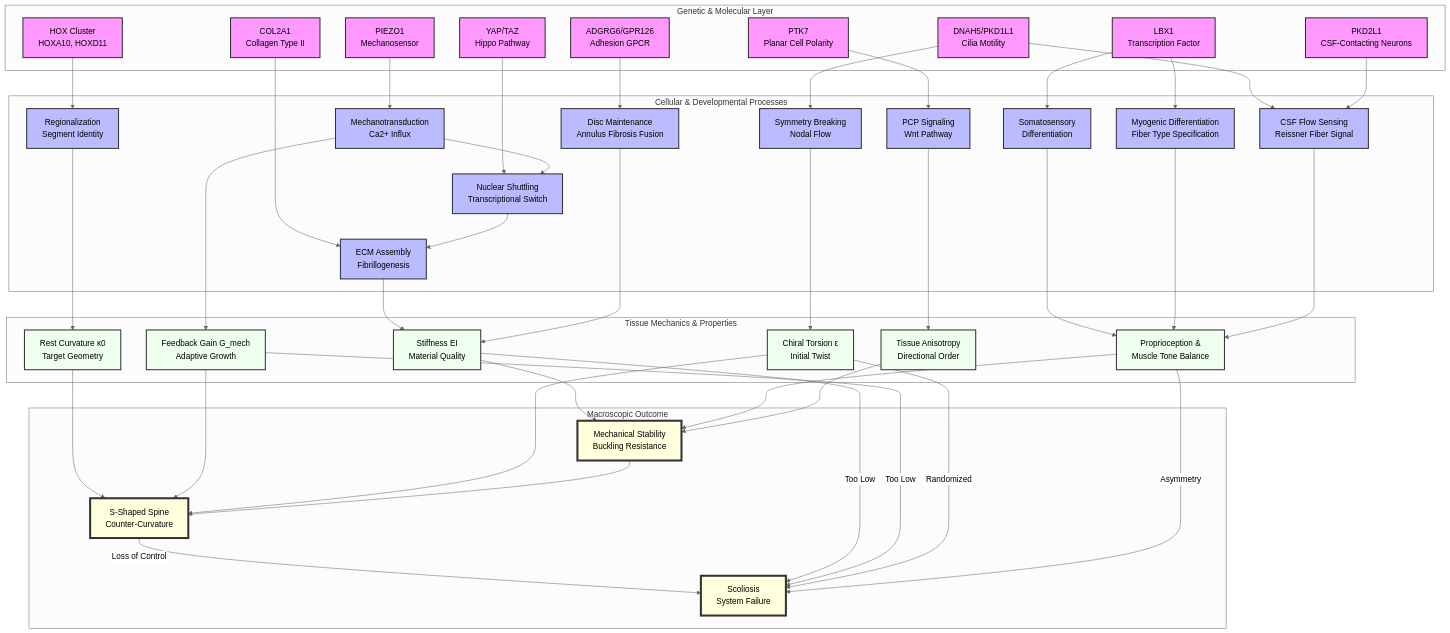
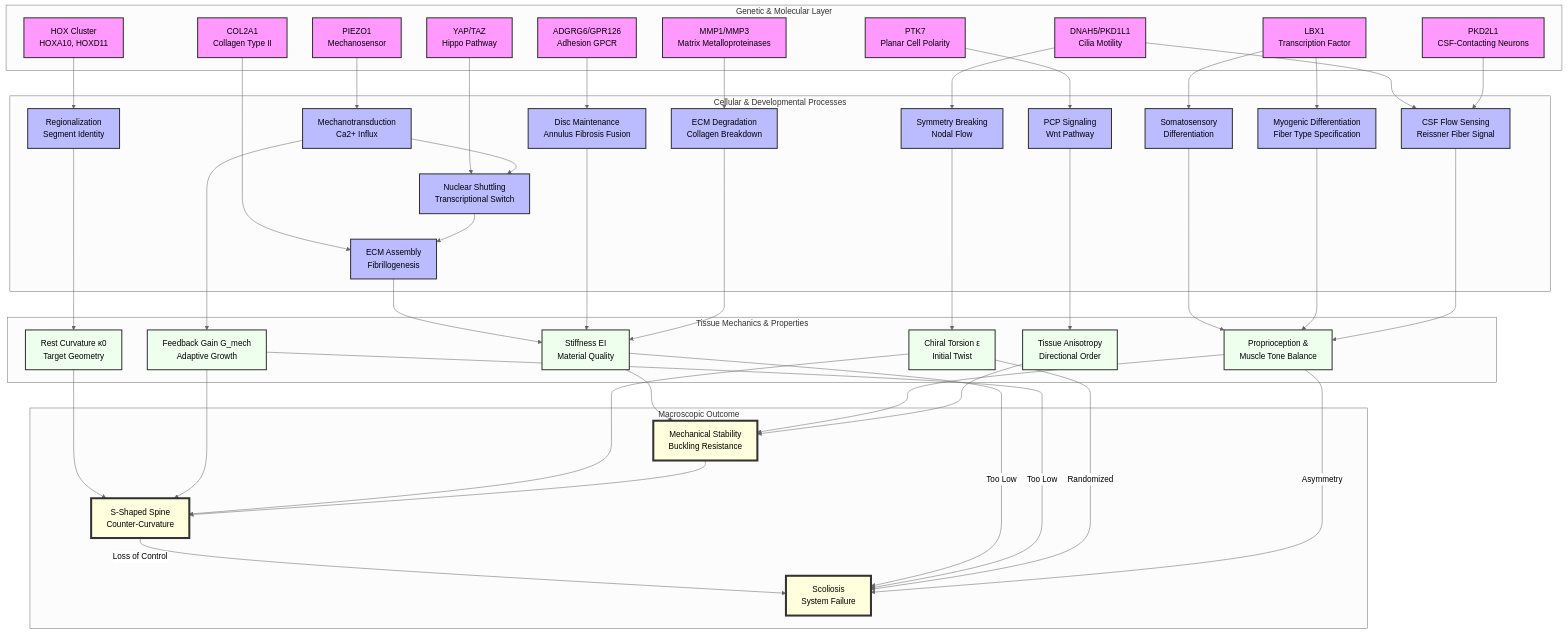
Before and after one commit to sayuj1989-ops/life: the diagram in docs/figures/scoliosis_mechanism_map.mmd, drawn with Mermaid (neutral theme). The commit also changed 1 other file, not shown here.

Commit message:
weekly-map: add MMP1/3 degradation pathway
Added the Degradation Pathway (MMP1/MMP3) to the scoliosis mechanism map.
This pathway describes how microgravity-induced upregulation of MMPs leads to ECM degradation and reduced stiffness in the intervertebral disc.
Updated `docs/figures/scoliosis_mechanism_map.mmd` and `docs/scoliosis_mechanism_map.md`.

```diff
--- a/docs/figures/scoliosis_mechanism_map.mmd
+++ b/docs/figures/scoliosis_mechanism_map.mmd
@@ -1,102 +1,108 @@
 graph TD
     %% Subgraphs for Organization
     subgraph Genetics [Genetic & Molecular Layer]
         HOX[HOX Cluster<br/>HOXA10, HOXD11]
         COL[COL2A1<br/>Collagen Type II]
         PIEZO[PIEZO1<br/>Mechanosensor]
         CILIA[DNAH5/PKD1L1<br/>Cilia Motility]
         LBX1[LBX1<br/>Transcription Factor]
         ADGRG6[ADGRG6/GPR126<br/>Adhesion GPCR]
         PTK7[PTK7<br/>Planar Cell Polarity]
         YAP[YAP/TAZ<br/>Hippo Pathway]
         PKD2L1[PKD2L1<br/>CSF-Contacting Neurons]
+        MMP[MMP1/MMP3<br/>Matrix Metalloproteinases]
     end
 
     subgraph Processes [Cellular & Developmental Processes]
         Region[Regionalization<br/>Segment Identity]
         ECM_Assembly[ECM Assembly<br/>Fibrillogenesis]
         Nucl_Shuttle[Nuclear Shuttling<br/>Transcriptional Switch]
         Mech_Trans[Mechanotransduction<br/>Ca2+ Influx]
         Sym_Break[Symmetry Breaking<br/>Nodal Flow]
         CSF_Sensing[CSF Flow Sensing<br/>Reissner Fiber Signal]
         Neur_Diff[Somatosensory<br/>Differentiation]
         Muscle_Diff[Myogenic Differentiation<br/>Fiber Type Specification]
         Disc_Maint[Disc Maintenance<br/>Annulus Fibrosis Fusion]
         PCP_Sig[PCP Signaling<br/>Wnt Pathway]
+        Degradation[ECM Degradation<br/>Collagen Breakdown]
     end
 
     subgraph Tissue [Tissue Mechanics & Properties]
         Rest_Kappa[Rest Curvature κ0<br/>Target Geometry]
         Stiffness[Stiffness EI<br/>Material Quality]
         Gain[Feedback Gain G_mech<br/>Adaptive Growth]
         Torsion[Chiral Torsion ε<br/>Initial Twist]
         Muscle_Tone[Proprioception &<br/>Muscle Tone Balance]
         Anisotropy[Tissue Anisotropy<br/>Directional Order]
     end
 
     subgraph Outcome [Macroscopic Outcome]
         S_Curve[S-Shaped Spine<br/>Counter-Curvature]
         Stability[Mechanical Stability<br/>Buckling Resistance]
         Scoliosis[Scoliosis<br/>System Failure]
     end
 
     %% Connections
     HOX --> Region
     Region --> Rest_Kappa
     Rest_Kappa --> S_Curve
 
     COL --> ECM_Assembly
     ECM_Assembly --> Stiffness
     Stiffness --> Stability
 
     PIEZO --> Mech_Trans
     Mech_Trans --> Gain
     Gain --> S_Curve
 
     CILIA --> Sym_Break
     Sym_Break --> Torsion
     Torsion --> S_Curve
 
     LBX1 --> Neur_Diff
     LBX1 --> Muscle_Diff
     Neur_Diff --> Muscle_Tone
     Muscle_Diff --> Muscle_Tone
     Muscle_Tone --> Stability
 
     %% NEW ARC: ADGRG6
     ADGRG6 --> Disc_Maint
     Disc_Maint --> Stiffness
 
     %% NEW ARC: PTK7
     PTK7 --> PCP_Sig
     PCP_Sig --> Anisotropy
     Anisotropy --> Stability
 
     %% NEW ARC: YAP/TAZ
     YAP --> Nucl_Shuttle
     Nucl_Shuttle --> ECM_Assembly
     Mech_Trans --> Nucl_Shuttle
 
     %% NEW ARC: CSF/Reissner Fiber
     CILIA --> CSF_Sensing
     PKD2L1 --> CSF_Sensing
     CSF_Sensing --> Muscle_Tone
 
+    %% NEW ARC: MMP Degradation
+    MMP --> Degradation
+    Degradation --> Stiffness
+
     %% Cross-Talk and Failures
     Stability --> S_Curve
     S_Curve -- "Loss of Control" --> Scoliosis
     Stiffness -- "Too Low" --> Scoliosis
     Gain -- "Too Low" --> Scoliosis
     Torsion -- "Randomized" --> Scoliosis
     Muscle_Tone -- "Asymmetry" --> Scoliosis
 
     %% Styling
     classDef gene fill:#f9f,stroke:#333,stroke-width:2px;
     classDef process fill:#bbf,stroke:#333,stroke-width:2px;
     classDef tissue fill:#efe,stroke:#333,stroke-width:2px;
     classDef outcome fill:#ffd,stroke:#333,stroke-width:4px;
 
-    class HOX,COL,PIEZO,CILIA,LBX1,ADGRG6,PTK7,YAP,PKD2L1 gene;
-    class Region,ECM_Assembly,Mech_Trans,Sym_Break,Neur_Diff,Muscle_Diff,Disc_Maint,PCP_Sig,Nucl_Shuttle,CSF_Sensing process;
+    class HOX,COL,PIEZO,CILIA,LBX1,ADGRG6,PTK7,YAP,PKD2L1,MMP gene;
+    class Region,ECM_Assembly,Mech_Trans,Sym_Break,Neur_Diff,Muscle_Diff,Disc_Maint,PCP_Sig,Nucl_Shuttle,CSF_Sensing,Degradation process;
     class Rest_Kappa,Stiffness,Gain,Torsion,Muscle_Tone,Anisotropy tissue;
     class S_Curve,Stability,Scoliosis outcome;
```
